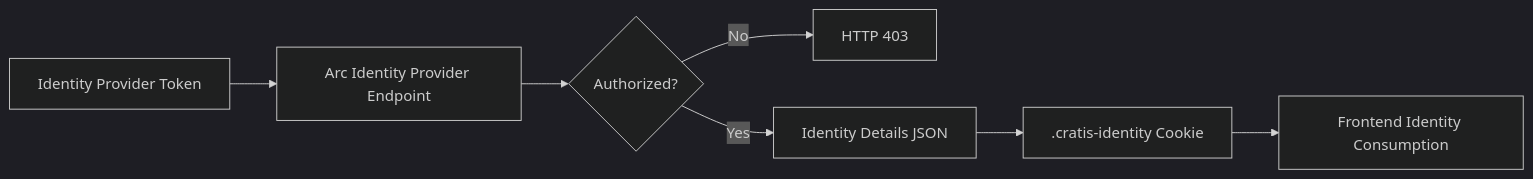
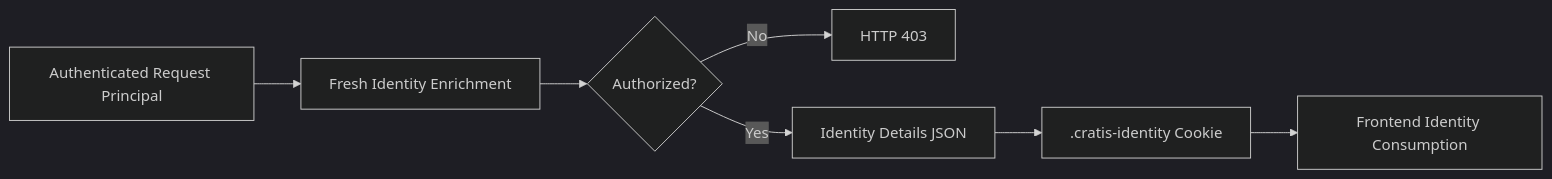
The diagram in Documentation/backend/identity/index.md (Cratis/Arc), drawn with Mermaid (dark theme) before and after one commit. The commit also changed other lines of this file and 272 other files, not shown here.

````diff
--- a/Documentation/backend/identity/index.md
+++ b/Documentation/backend/identity/index.md
@@ -16,9 +16,9 @@
 ```mermaid
 flowchart LR
-    A[Identity Provider Token] --> B[Arc Identity Provider Endpoint]
+    A[Authenticated Request Principal] --> B[Fresh Identity Enrichment]
     B --> C{Authorized?}
     C -- No --> D[HTTP 403]
     C -- Yes --> E[Identity Details JSON]
     E --> F[.cratis-identity Cookie]
     F --> G[Frontend Identity Consumption]
 ```
````
